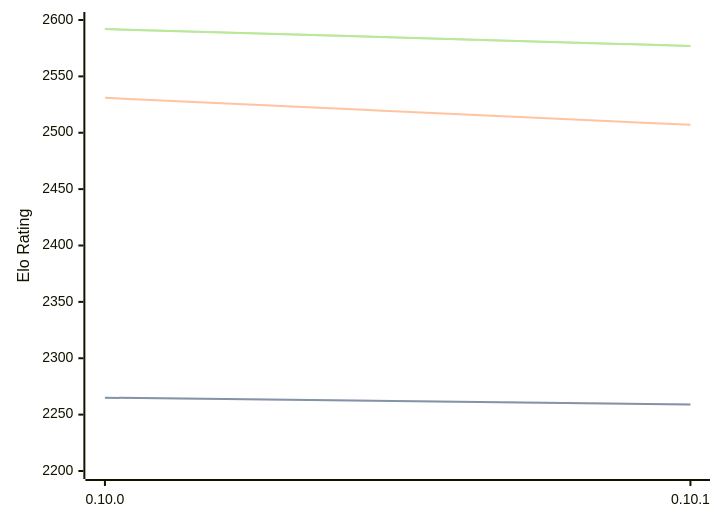
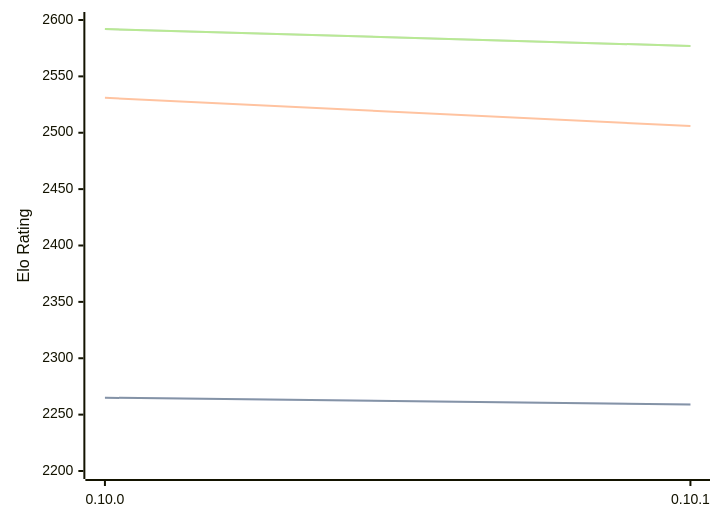
One commit to computer-chess-index/cci changed the first of 3 diagrams in engines/Fatalii.md. Above: the diagram before and after it, drawn with Mermaid. The commit also changed other lines of this file, not shown here.

````diff
--- a/engines/Fatalii.md
+++ b/engines/Fatalii.md
@@ -46,11 +46,11 @@
 ```mermaid
 %%{init: {"theme":"base","themeVariables":{"seriesColors:['#a3a3a3','#222221','#faa371']}}}%%
 xychart-beta
   x-axis ["0.10.0", "0.10.1"]
   y-axis "Elo Rating" 2200 --> 2600
   line "STC (8.0+0.08s)" [2265, 2259]
   line "STC (8.0+0.08s)" [2265, 2259]
-  line "LTC (60.0+0.60s)" [2531, 2507]
+  line "LTC (60.0+0.60s)" [2531, 2506]
   line "VLTC (2m24s+1.12s)" [2592, 2577]
   line "VLTC (2m24s+1.12s)" [2592, 2577]
 ```
````
